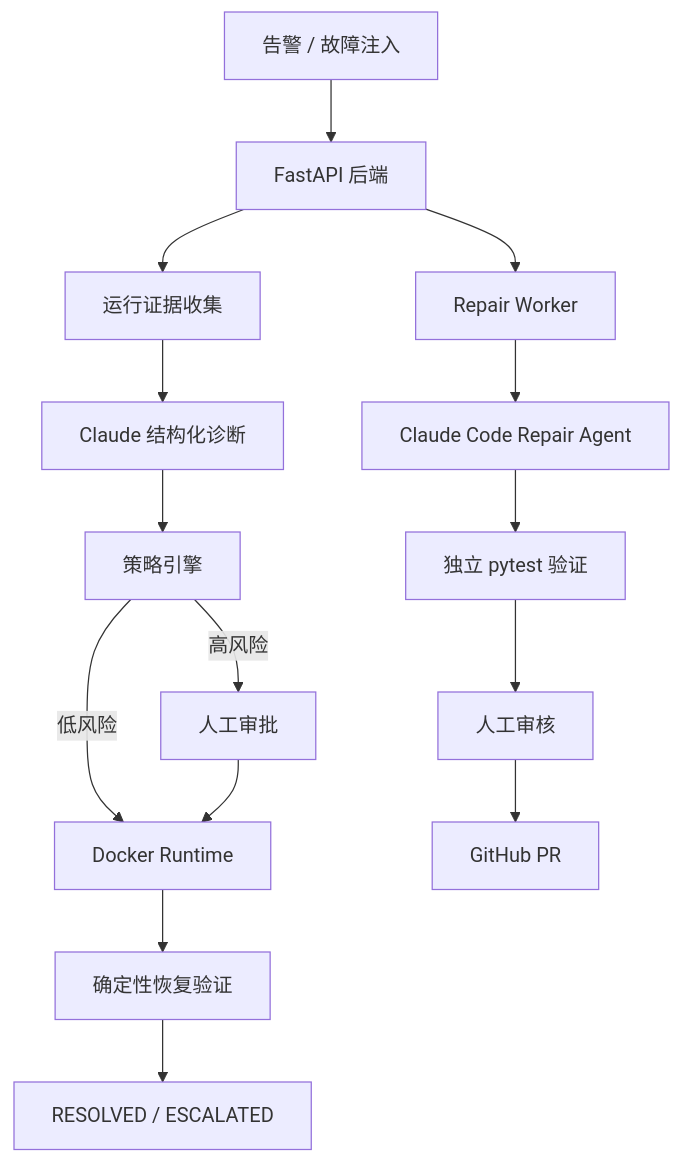
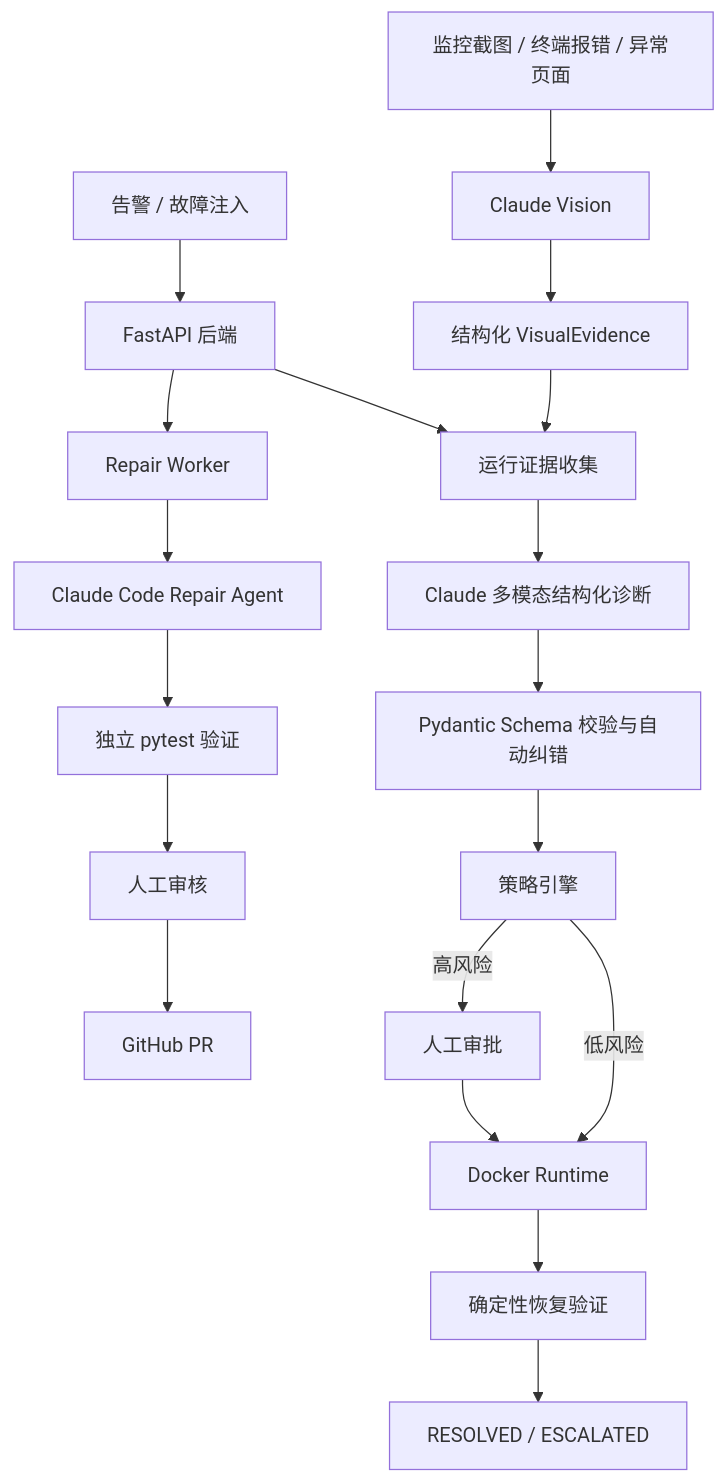
Before and after one commit to posthoctao/opsguard: the diagram in README.md, drawn with Mermaid. The commit also changed other lines of this file, not shown here.

````diff
--- a/README.md
+++ b/README.md
@@ -16,20 +18,25 @@
 ```mermaid
 flowchart TD
     A[告警 / 故障注入] --> B[FastAPI 后端]
+    V[监控截图 / 终端报错 / 异常页面] --> W[Claude Vision]
+    W --> X[结构化 VisualEvidence]
+
     B --> C[运行证据收集]
-    C --> D[Claude 结构化诊断]
-    D --> E[策略引擎]
+    X --> C
+    C --> D[Claude 多模态结构化诊断]
+    D --> S[Pydantic Schema 校验与自动纠错]
+    S --> E[策略引擎]
 
     E -->|低风险| F[Docker Runtime]
     E -->|高风险| G[人工审批]
     G --> F
 
     F --> H[确定性恢复验证]
     H --> I[RESOLVED / ESCALATED]
 
     B --> J[Repair Worker]
     J --> K[Claude Code Repair Agent]
     K --> L[独立 pytest 验证]
     L --> M[人工审核]
     M --> N[GitHub PR]
 ```
````
